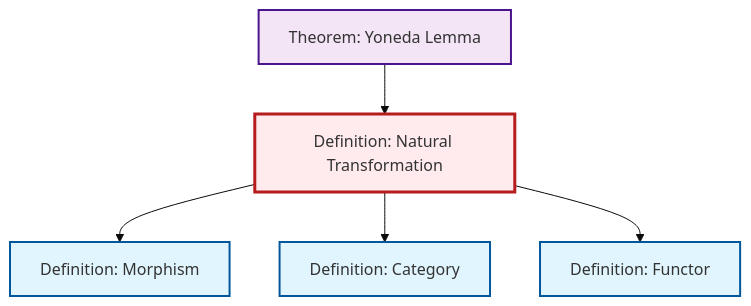
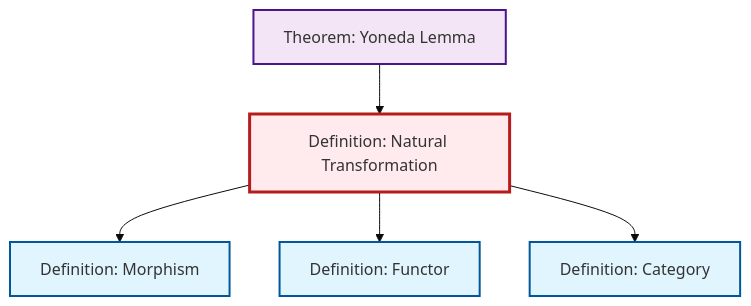
Before and after one commit to RK0429/ModernMath: the diagram in content/ja/category-theory/def-natural-transformation.qmd, drawn with Mermaid (base theme). The commit also changed other lines of this file and 360 other files, not shown here.

````diff
--- a/content/ja/category-theory/def-natural-transformation.qmd
+++ b/content/ja/category-theory/def-natural-transformation.qmd
@@ -60,23 +60,23 @@
 ```{mermaid}
 %%| fig-cap: "Local dependency graph"
 graph TD
     classDef definition fill:#e1f5fe,stroke:#01579b,stroke-width:2px
     classDef theorem fill:#f3e5f5,stroke:#4a148c,stroke-width:2px
     classDef axiom fill:#fff3e0,stroke:#e65100,stroke-width:2px
     classDef example fill:#e8f5e9,stroke:#1b5e20,stroke-width:2px
     classDef current fill:#ffebee,stroke:#b71c1c,stroke-width:3px
-    def-functor["Definition: Functor"]:::definition
     thm-yoneda["Theorem: Yoneda Lemma"]:::theorem
-    def-category["Definition: Category"]:::definition
     def-natural-transformation["Definition: Natural Transformation"]:::definition
     def-morphism["Definition: Morphism"]:::definition
+    def-category["Definition: Category"]:::definition
+    def-functor["Definition: Functor"]:::definition
+    def-natural-transformation --> def-morphism
+    def-natural-transformation --> def-functor
     thm-yoneda --> def-natural-transformation
-    def-natural-transformation --> def-morphism
     def-natural-transformation --> def-category
-    def-natural-transformation --> def-functor
     class def-natural-transformation current
+    click thm-yoneda "thm-yoneda.html" "Theorem: Yoneda Lemmaへ"
+    click def-morphism "def-morphism.html" "Definition: Morphismへ"
+    click def-category "def-category.html" "Definition: Categoryへ"
     click def-functor "def-functor.html" "Definition: Functorへ"
-    click thm-yoneda "thm-yoneda.html" "Theorem: Yoneda Lemmaへ"
-    click def-category "def-category.html" "Definition: Categoryへ"
-    click def-morphism "def-morphism.html" "Definition: Morphismへ"
 ```
````
